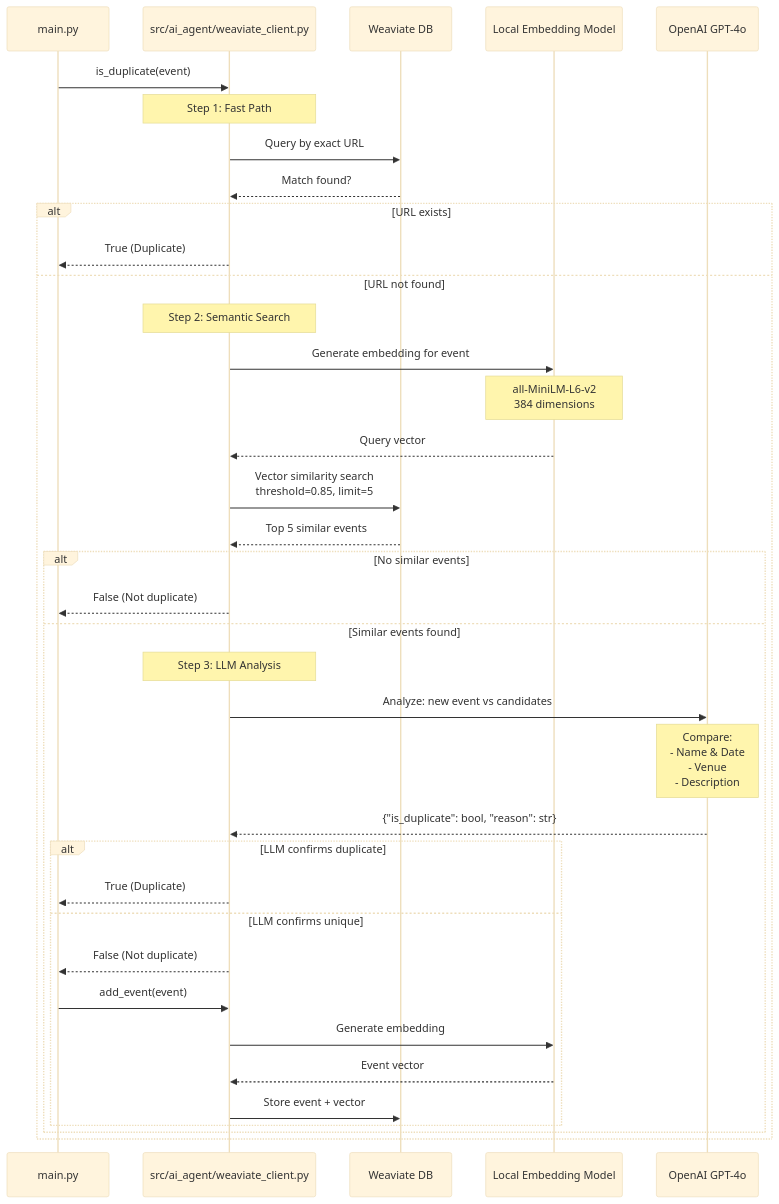
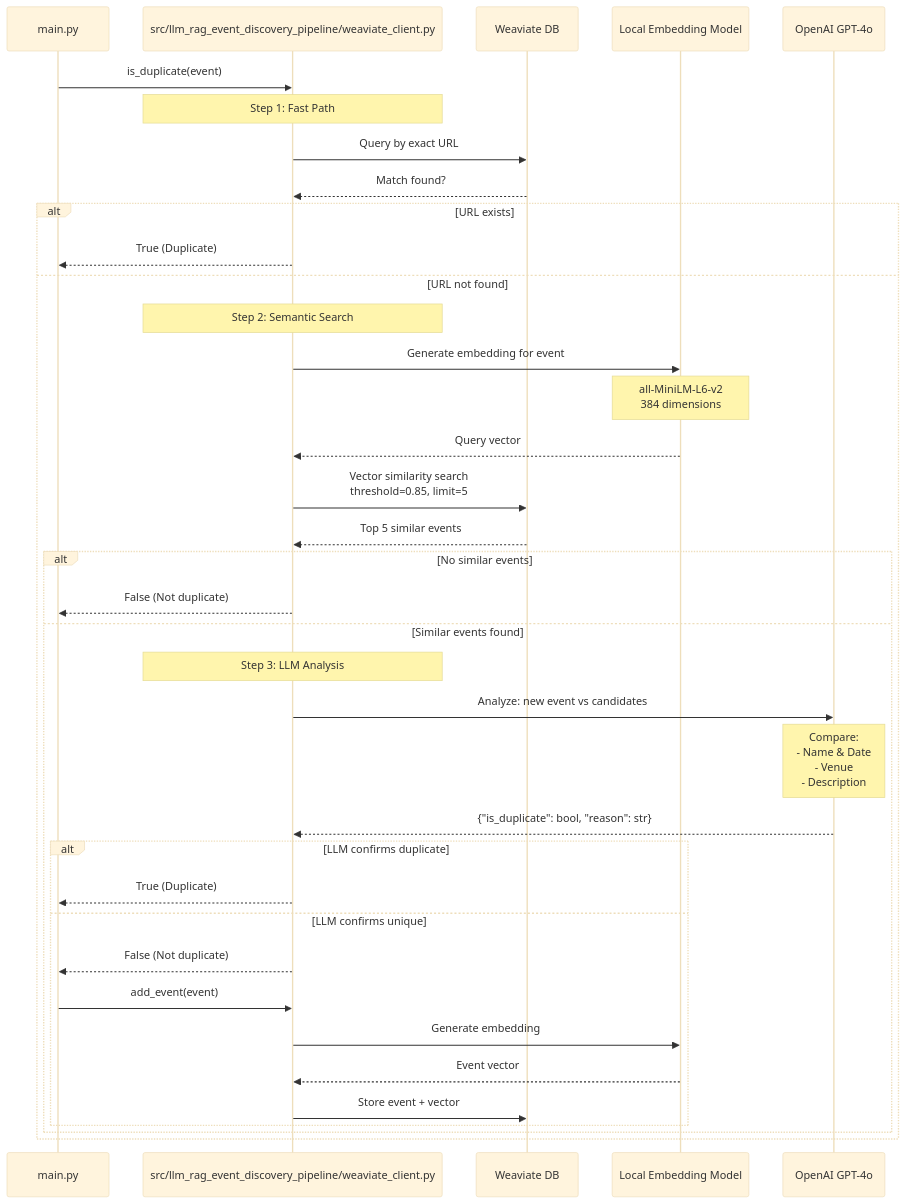
The third of 5 diagrams in docs/ARCHITECTURE.md (butlerwill1/llm-rag-event-discovery-pipeline), drawn with Mermaid (base theme) before and after one commit. The commit also changed other lines of this file and 29 other files, not shown here.

````diff
--- a/docs/ARCHITECTURE.md
+++ b/docs/ARCHITECTURE.md
@@ -151,45 +151,45 @@
 ```mermaid
 sequenceDiagram
     participant M as main.py
-    participant W as src/ai_agent/weaviate_client.py
+    participant W as src/llm_rag_event_discovery_pipeline/weaviate_client.py
     participant V as Weaviate DB
     participant L as Local Embedding Model
     participant O as OpenAI GPT-4o
 
     M->>W: is_duplicate(event)
 
     Note over W: Step 1: Fast Path
     W->>V: Query by exact URL
     V-->>W: Match found?
 
     alt URL exists
         W-->>M: True (Duplicate)
     else URL not found
         Note over W: Step 2: Semantic Search
         W->>L: Generate embedding for event
         Note over L: all-MiniLM-L6-v2<br/>384 dimensions
         L-->>W: Query vector
 
         W->>V: Vector similarity search<br/>threshold=0.85, limit=5
         V-->>W: Top 5 similar events
 
         alt No similar events
             W-->>M: False (Not duplicate)
         else Similar events found
             Note over W: Step 3: LLM Analysis
             W->>O: Analyze: new event vs candidates
             Note over O: Compare:<br/>- Name & Date<br/>- Venue<br/>- Description
             O-->>W: {"is_duplicate": bool, "reason": str}
 
             alt LLM confirms duplicate
                 W-->>M: True (Duplicate)
             else LLM confirms unique
                 W-->>M: False (Not duplicate)
                 M->>W: add_event(event)
                 W->>L: Generate embedding
                 L-->>W: Event vector
                 W->>V: Store event + vector
             end
         end
     end
 ```
````
